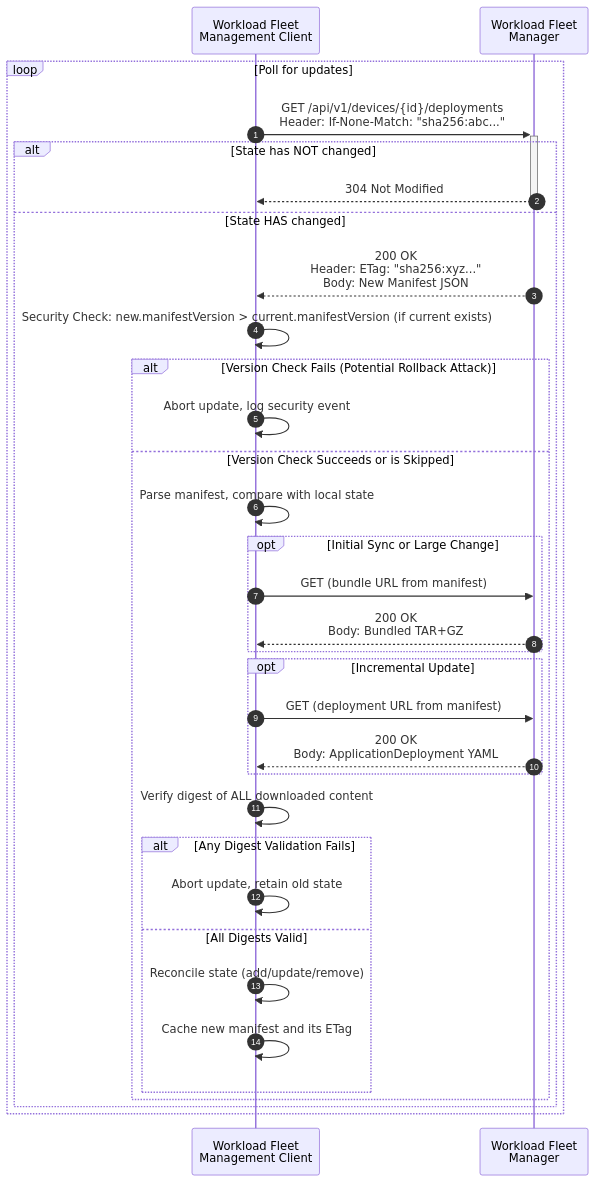
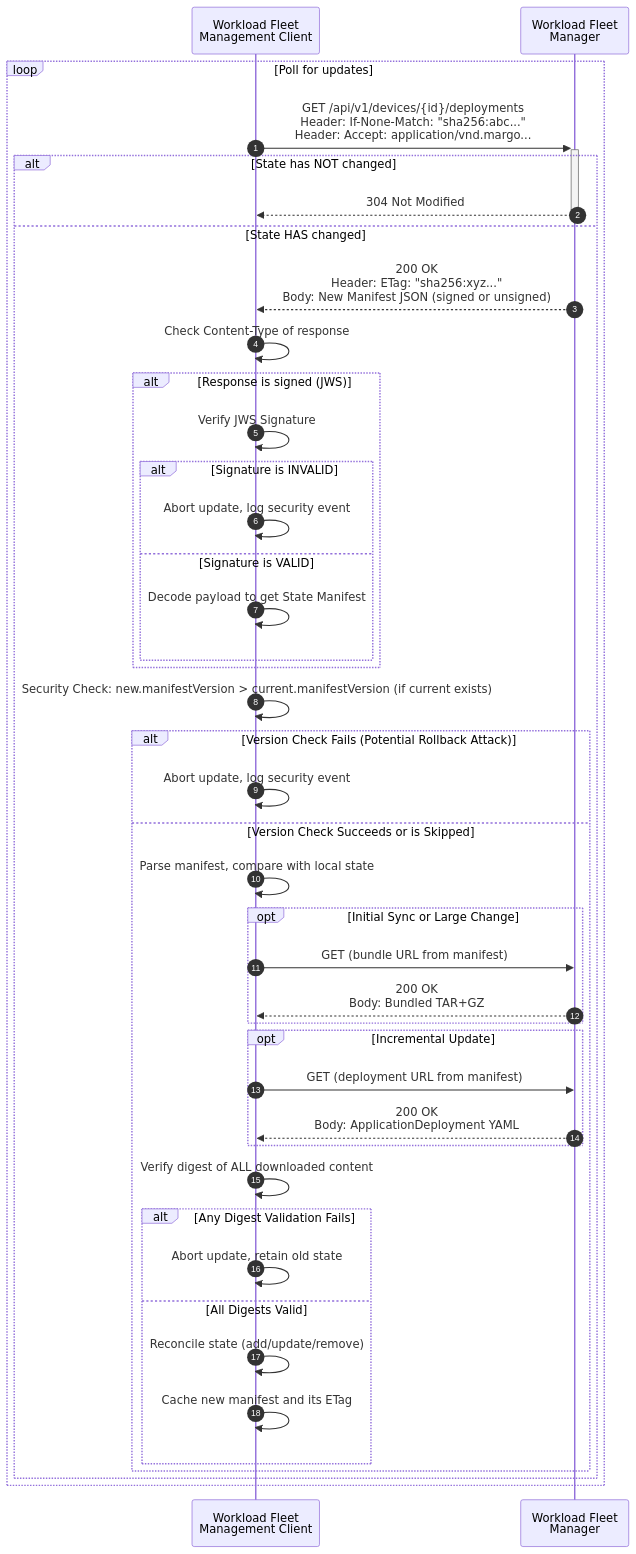
One commit to margo/specification-enhancements changed the diagram in submitted/sup_desired_state_via_manifest_api.md. Above: the diagram before and after it, drawn with Mermaid. The commit also changed other lines of this file and 1 other file, not shown here.

Commit message:
feat: define manifest signing via content negotiation

````diff
--- a/submitted/sup_desired_state_via_manifest_api.md
+++ b/submitted/sup_desired_state_via_manifest_api.md
@@ -211,41 +267,52 @@
 ```mermaid
 sequenceDiagram
     autonumber
     participant Client as Workload Fleet<br>Management Client
     participant WFM as Workload Fleet<br>Manager
 
     loop Poll for updates
-        Client->>+WFM: GET /api/v1/devices/{id}/deployments<br>Header: If-None-Match: "sha256:abc..."
+        Client->>+WFM: GET /api/v1/devices/{id}/deployments<br>Header: If-None-Match: "sha256:abc..."<br>Header: Accept: application/vnd.margo...
 
         alt State has NOT changed
             WFM-->>-Client: 304 Not Modified
         else State HAS changed
-            WFM-->>Client: 200 OK<br>Header: ETag: "sha256:xyz..."<br>Body: New Manifest JSON
+            WFM-->>Client: 200 OK<br>Header: ETag: "sha256:xyz..."<br>Body: New Manifest JSON (signed or unsigned)
             
+            Client->>Client: Check Content-Type of response
+
+            alt Response is signed (JWS)
+              Client->>Client: Verify JWS Signature
+              alt Signature is INVALID
+                Client->>Client: Abort update, log security event
+              else Signature is VALID
+                Client->>Client: Decode payload to get State Manifest
+              end
+            end
+
             Client->>Client: Security Check: new.manifestVersion > current.manifestVersion (if current exists)
             alt Version Check Fails (Potential Rollback Attack)
                 Client->>Client: Abort update, log security event
             else Version Check Succeeds or is Skipped
                 Client->>Client: Parse manifest, compare with local state
                 
                 opt Initial Sync or Large Change
                     Client->>WFM: GET (bundle URL from manifest)
                     WFM-->>Client: 200 OK<br>Body: Bundled TAR+GZ
                 end
                 
                 opt Incremental Update
                     Client->>WFM: GET (deployment URL from manifest)
                     WFM-->>Client: 200 OK<br>Body: ApplicationDeployment YAML
                 end
                 
                 Client->>Client: Verify digest of ALL downloaded content
                 alt Any Digest Validation Fails
                     Client->>Client: Abort update, retain old state
                 else All Digests Valid
                     Client->>Client: Reconcile state (add/update/remove)
                     Client->>Client: Cache new manifest and its ETag
                 end
             end
         end
     end
 ```
````
